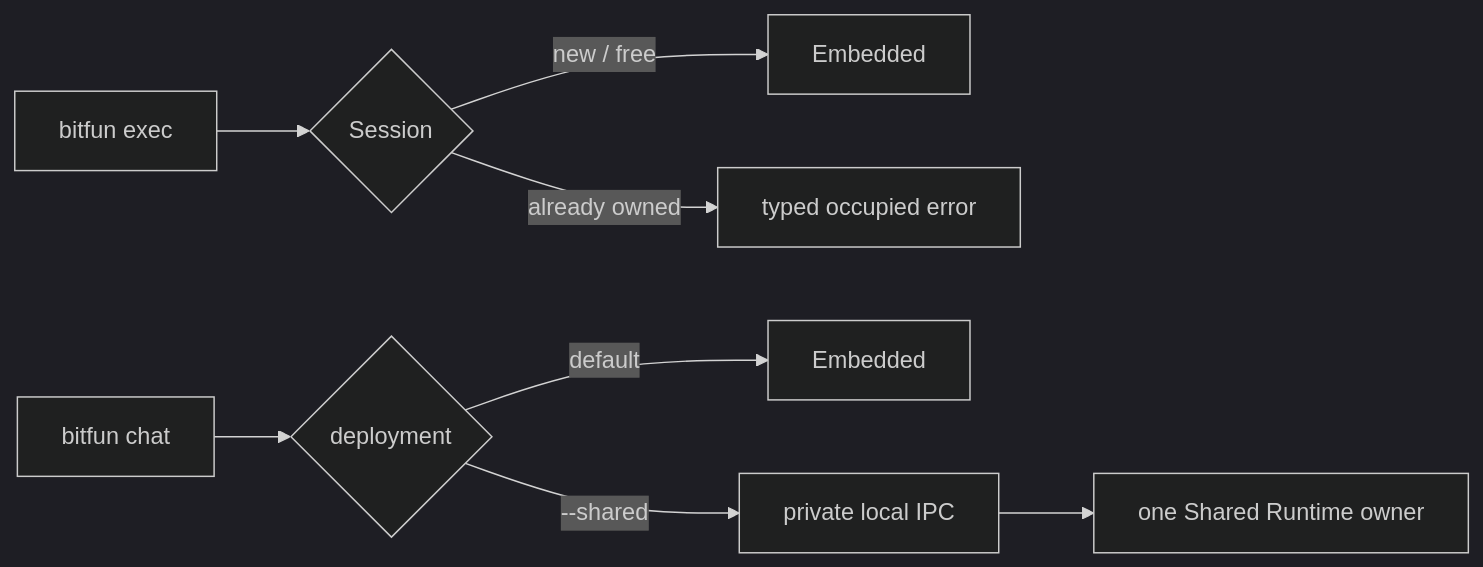
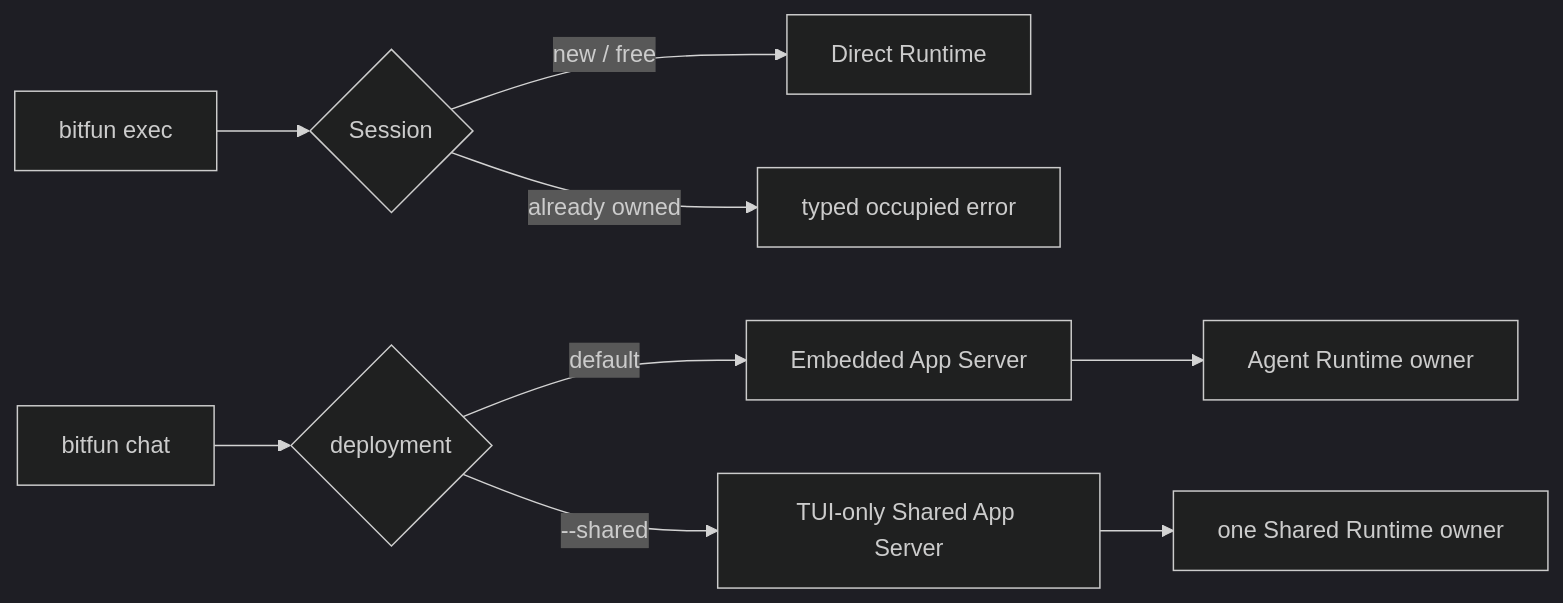
The first of 2 diagrams in docs/architecture/cli-product-line-design.md (GCWing/BitFun), drawn with Mermaid (dark theme) before and after one commit. The commit also changed other lines of this file and 15 other files, not shown here.

Commit message:
feat(doct): add app server design

````diff
--- a/docs/architecture/cli-product-line-design.md
+++ b/docs/architecture/cli-product-line-design.md
@@ -317,11 +326,12 @@
 ```mermaid
 flowchart LR
   Exec["bitfun exec"] --> Choice{"Session"}
-  Choice -->|"new / free"| Embedded["Embedded"]
+  Choice -->|"new / free"| Direct["Direct Runtime"]
   Choice -->|"already owned"| Reject["typed occupied error"]
 
   TUI["bitfun chat"] --> Deploy{"deployment"}
-  Deploy -->|"default"| EmbeddedTui["Embedded"]
-  Deploy -->|"--shared"| SharedTui["private local IPC"]
-  SharedTui --> Runtime["one Shared Runtime owner"]
+  Deploy -->|"default"| Embedded["Embedded App Server"]
+  Deploy -->|"--shared"| Shared["TUI-only Shared App Server"]
+  Embedded --> Runtime1["Agent Runtime owner"]
+  Shared --> Runtime2["one Shared Runtime owner"]
 ```
````
